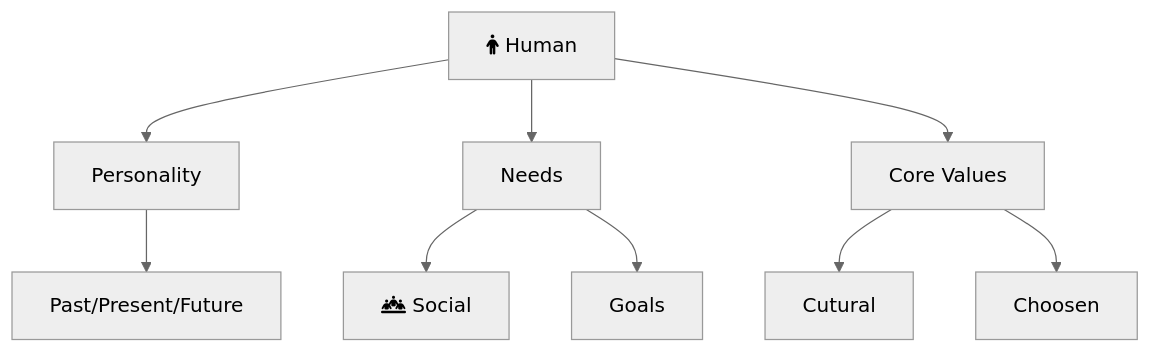
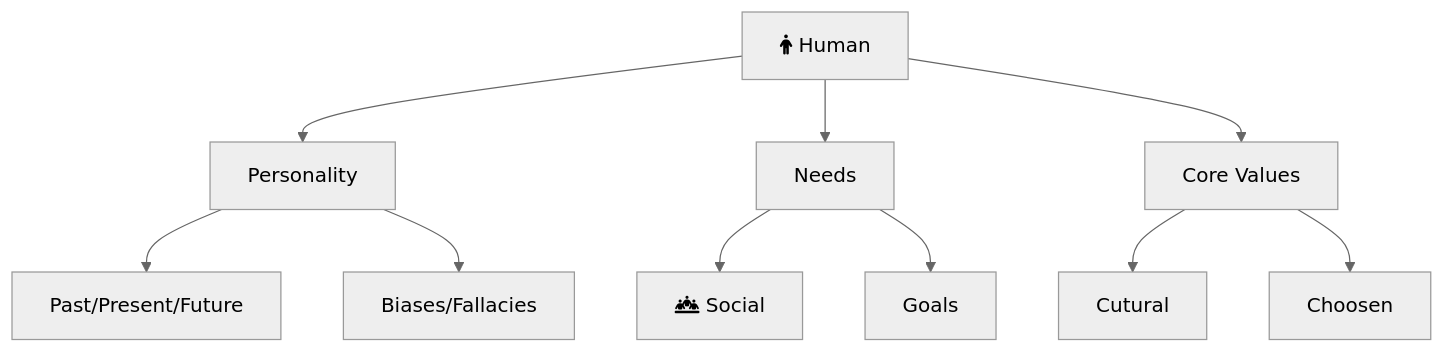
The diagram in _pages/non-technical.md (ankschoubey/old-blog), drawn with Mermaid (neutral theme) before and after one commit.

````diff
--- a/_pages/non-technical.md
+++ b/_pages/non-technical.md
@@ -16,11 +16,12 @@
 ```mermaid!
 graph TD
     H[fa:fa-person Human] --> P[Personality]
     H --> N[Needs]
     H --> V[Core Values]
     V --> Cutural
     V --> Choosen
     N --> S[fa:fa-people-line Social]
     N --> G[Goals]
     P --> PPF[Past/Present/Future]
+    P --> B[Biases/Fallacies]
 ```
````
